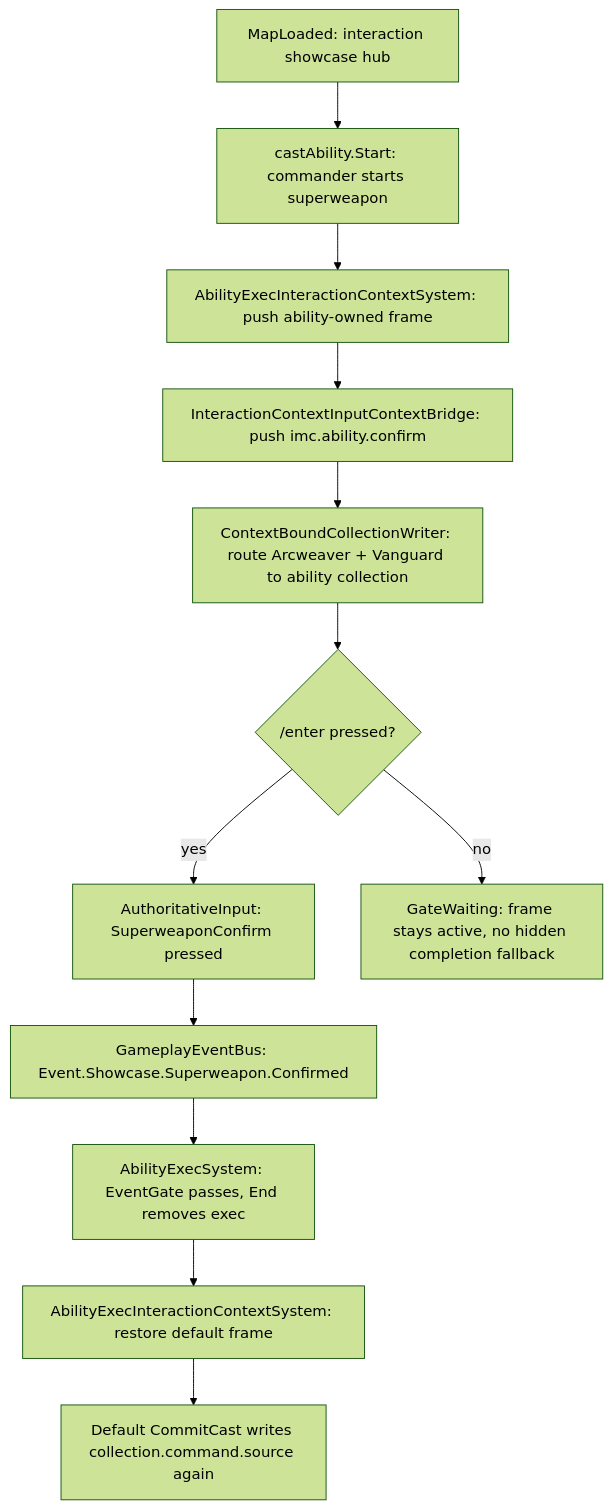
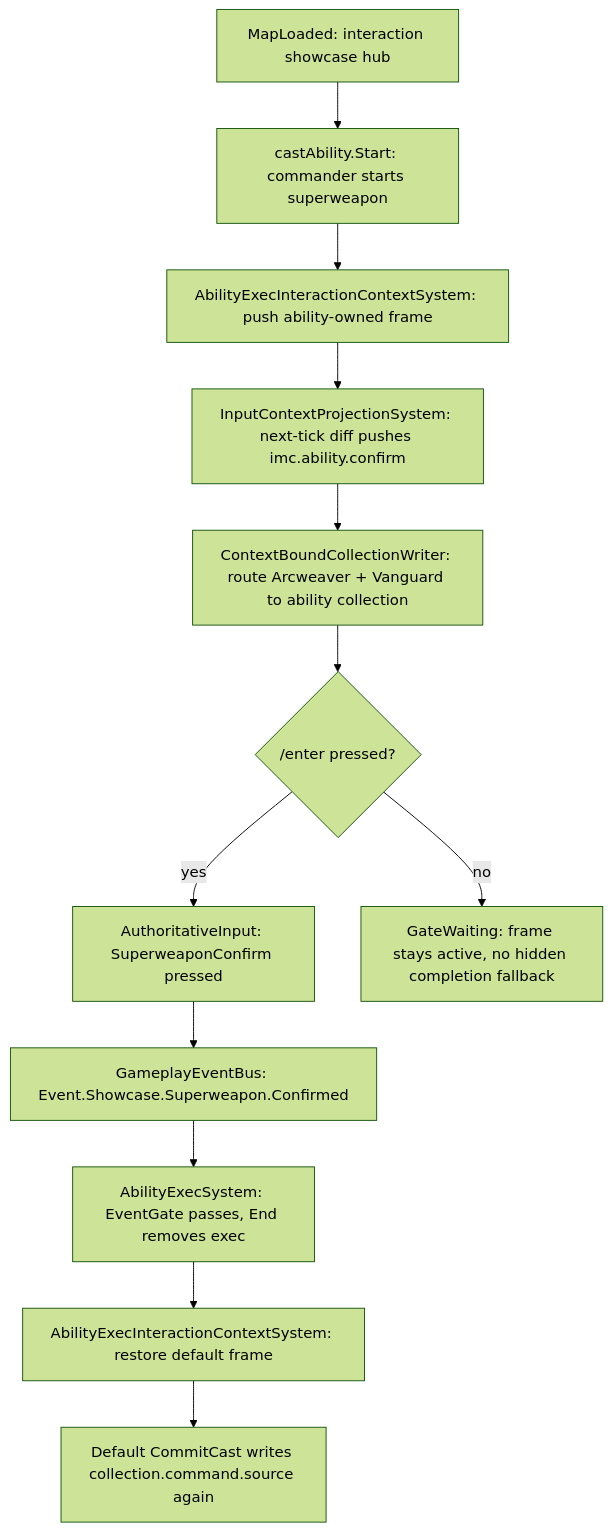
Before and after one commit to MightyBubble/Ludots: the diagram in artifacts/acceptance/superweapon-context-showcase/path.mmd, drawn with Mermaid (forest theme). The commit also changed 51 other files, not shown here.

Commit message:
fix(graph): OfferActivity 枚举补回 + 注册表条目——修复 GasTests CI 切片 6 失败

```diff
--- a/artifacts/acceptance/superweapon-context-showcase/path.mmd
+++ b/artifacts/acceptance/superweapon-context-showcase/path.mmd
@@ -1,12 +1,12 @@
 flowchart TD
     A["MapLoaded: interaction showcase hub"] --> B["castAbility.Start: commander starts superweapon"]
     B --> C["AbilityExecInteractionContextSystem: push ability-owned frame"]
-    C --> D["InteractionContextInputContextBridge: push imc.ability.confirm"]
+    C --> D["InputContextProjectionSystem: next-tick diff pushes imc.ability.confirm"]
     D --> E["ContextBoundCollectionWriter: route Arcweaver + Vanguard to ability collection"]
     E --> F{"<Keyboard>/enter pressed?"}
     F -- yes --> G["AuthoritativeInput: SuperweaponConfirm pressed"]
     G --> H["GameplayEventBus: Event.Showcase.Superweapon.Confirmed"]
     H --> I["AbilityExecSystem: EventGate passes, End removes exec"]
     I --> J["AbilityExecInteractionContextSystem: restore default frame"]
     J --> K["Default CommitCast writes collection.command.source again"]
     F -- no --> L["GateWaiting: frame stays active, no hidden completion fallback"]
```
